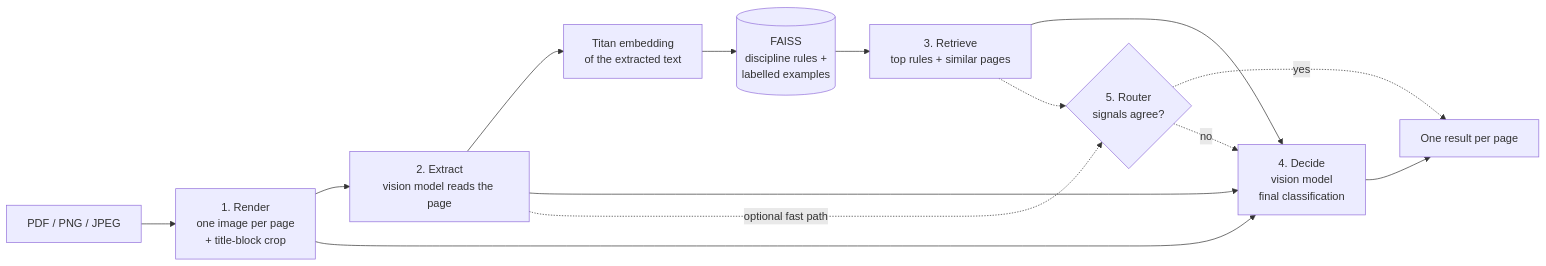
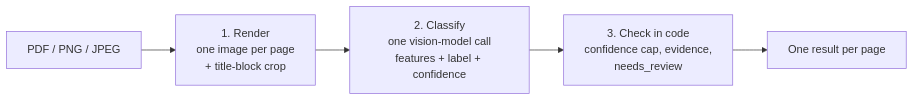
Before and after one commit to Adamderbel/Bedrock_plan_classifier: the diagram in README.md, drawn with Mermaid. The commit also changed other lines of this file and 130 other files, not shown here.

````diff
--- a/README.md
+++ b/README.md
@@ -26,16 +26,7 @@
 ```mermaid
 flowchart LR
     F[PDF / PNG / JPEG] --> R[1. Render<br/>one image per page<br/>+ title-block crop]
-    R --> X[2. Extract<br/>vision model reads the page]
-    X --> E[Titan embedding<br/>of the extracted text]
-    E --> S[(FAISS<br/>discipline rules +<br/>labelled examples)]
-    S --> Q[3. Retrieve<br/>top rules + similar pages]
-    Q --> D[4. Decide<br/>vision model<br/>final classification]
-    X --> D
-    R --> D
-    D --> O[One result per page]
-    X -. optional fast path .-> P{5. Router<br/>signals agree?}
-    Q -.-> P
-    P -. yes .-> O
-    P -. no .-> D
+    R --> X[2. Classify<br/>one vision-model call<br/>features + label + confidence]
+    X --> C[3. Check in code<br/>confidence cap, evidence,<br/>needs_review]
+    C --> O[One result per page]
 ```
````
